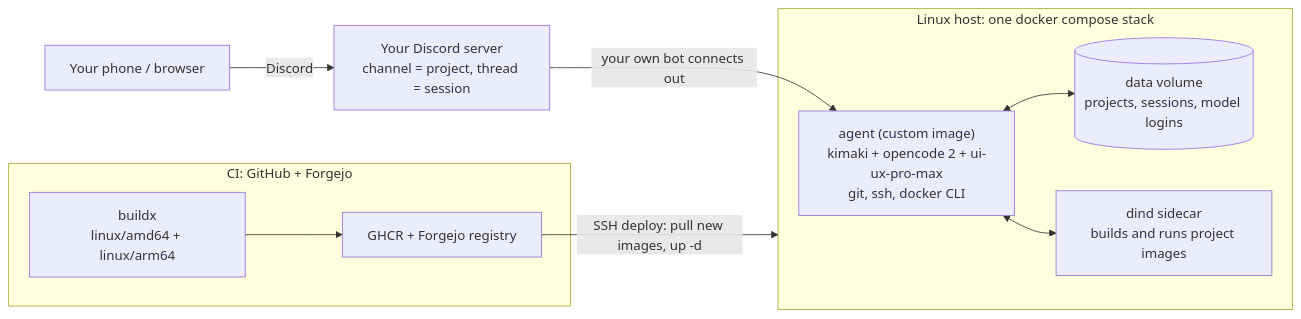
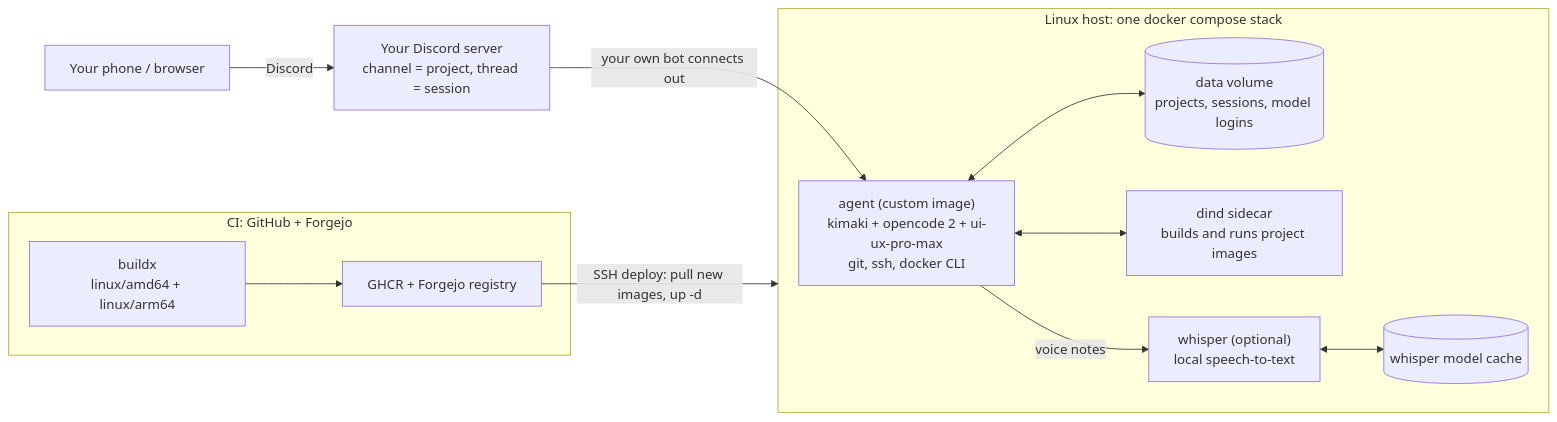
One commit to shahboura/sha2lato changed the diagram in README.md. Above: the diagram before and after it, drawn with Mermaid. The commit also changed other lines of this file and 16 other files, not shown here.

First line of the commit message:
feat: adopt kimaki 1.5 and add optional local whisper

````diff
--- a/README.md
+++ b/README.md
@@ -23,22 +23,26 @@
 ```mermaid
 flowchart LR
     phone["Your phone / browser"] -- Discord --> server["Your Discord server<br/>channel = project, thread = session"]
 
     subgraph host["Linux host: one docker compose stack"]
         agent["agent (custom image)<br/>kimaki + opencode 2 + ui-ux-pro-max<br/>git, ssh, docker CLI"]
         vol[("data volume<br/>projects, sessions, model logins")]
         dind["dind sidecar<br/>builds and runs project images"]
+        whisper["whisper (optional)<br/>local speech-to-text"]
+        wvol[("whisper model cache")]
         agent <--> vol
         agent <--> dind
+        agent -- "voice notes" --> whisper
+        whisper <--> wvol
     end
 
     server -- "your own bot connects out" --> agent
 
     subgraph ci["CI: GitHub + Forgejo"]
         build["buildx<br/>linux/amd64 + linux/arm64"]
         reg["GHCR + Forgejo registry"]
         build --> reg
     end
 
     reg -- "SSH deploy: pull new images, up -d" --> host
 ```
````
